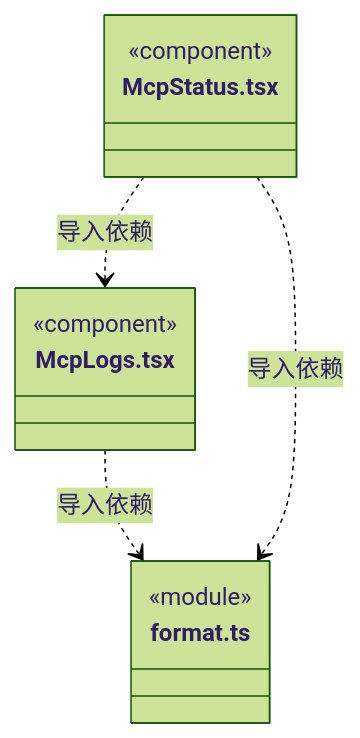
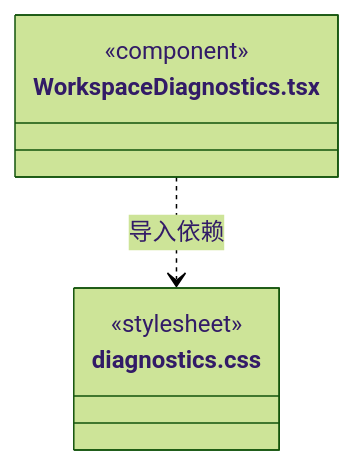
One commit to nan023062/cbim changed the third of 3 diagrams in src/frontend/diagnostics/ARCHITECTURE.md. Above: the diagram before and after it, drawn with Mermaid (forest theme). The commit also changed other lines of this file and 211 other files, not shown here.

````diff
--- a/src/frontend/diagnostics/ARCHITECTURE.md
+++ b/src/frontend/diagnostics/ARCHITECTURE.md
@@ -56,15 +47,10 @@
 ```mermaid
 classDiagram
-class N_src_frontend_diagnostics_McpLogs_tsx["McpLogs.tsx"] {
+class N_src_frontend_diagnostics_WorkspaceDiagnostics_tsx["WorkspaceDiagnostics.tsx"] {
   <<component>>
 }
-class N_src_frontend_diagnostics_format_ts["format.ts"] {
-  <<module>>
+class N_src_frontend_diagnostics_diagnostics_css["diagnostics.css"] {
+  <<stylesheet>>
 }
-class N_src_frontend_diagnostics_McpStatus_tsx["McpStatus.tsx"] {
-  <<component>>
-}
-N_src_frontend_diagnostics_McpLogs_tsx ..> N_src_frontend_diagnostics_format_ts : 导入依赖
-N_src_frontend_diagnostics_McpStatus_tsx ..> N_src_frontend_diagnostics_McpLogs_tsx : 导入依赖
-N_src_frontend_diagnostics_McpStatus_tsx ..> N_src_frontend_diagnostics_format_ts : 导入依赖
+N_src_frontend_diagnostics_WorkspaceDiagnostics_tsx ..> N_src_frontend_diagnostics_diagnostics_css : 导入依赖
 ```
````
